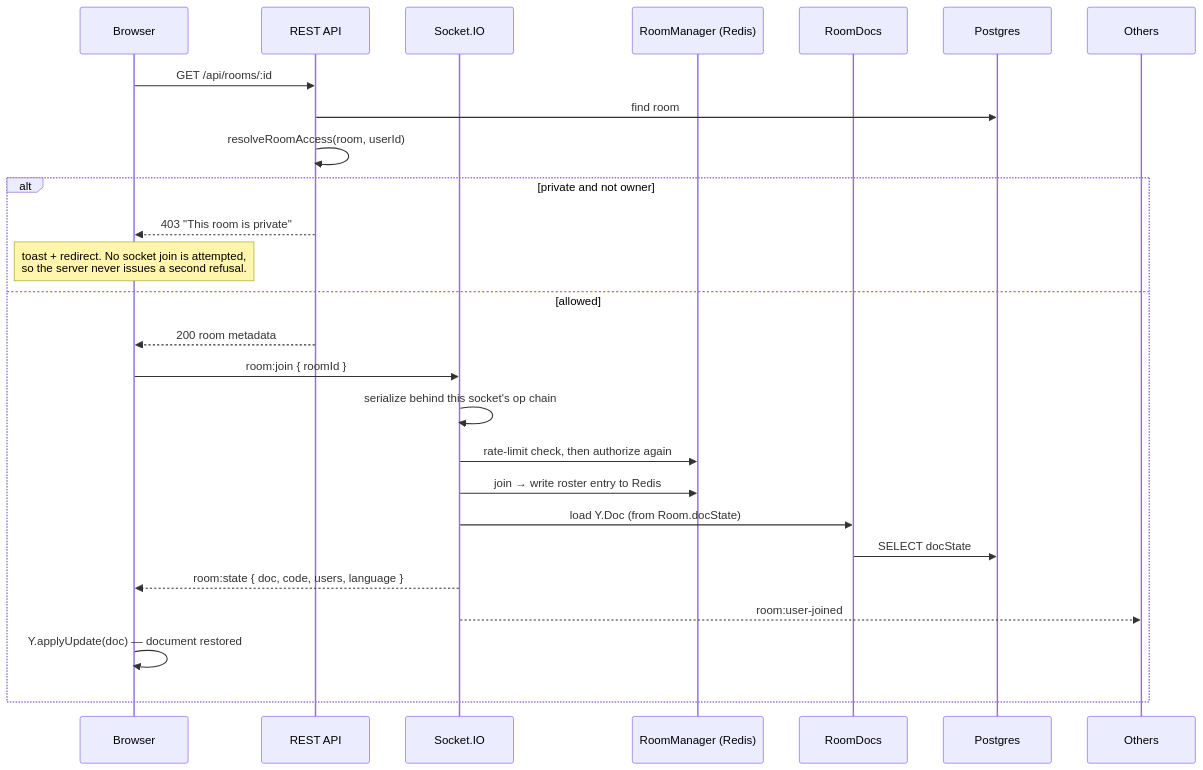
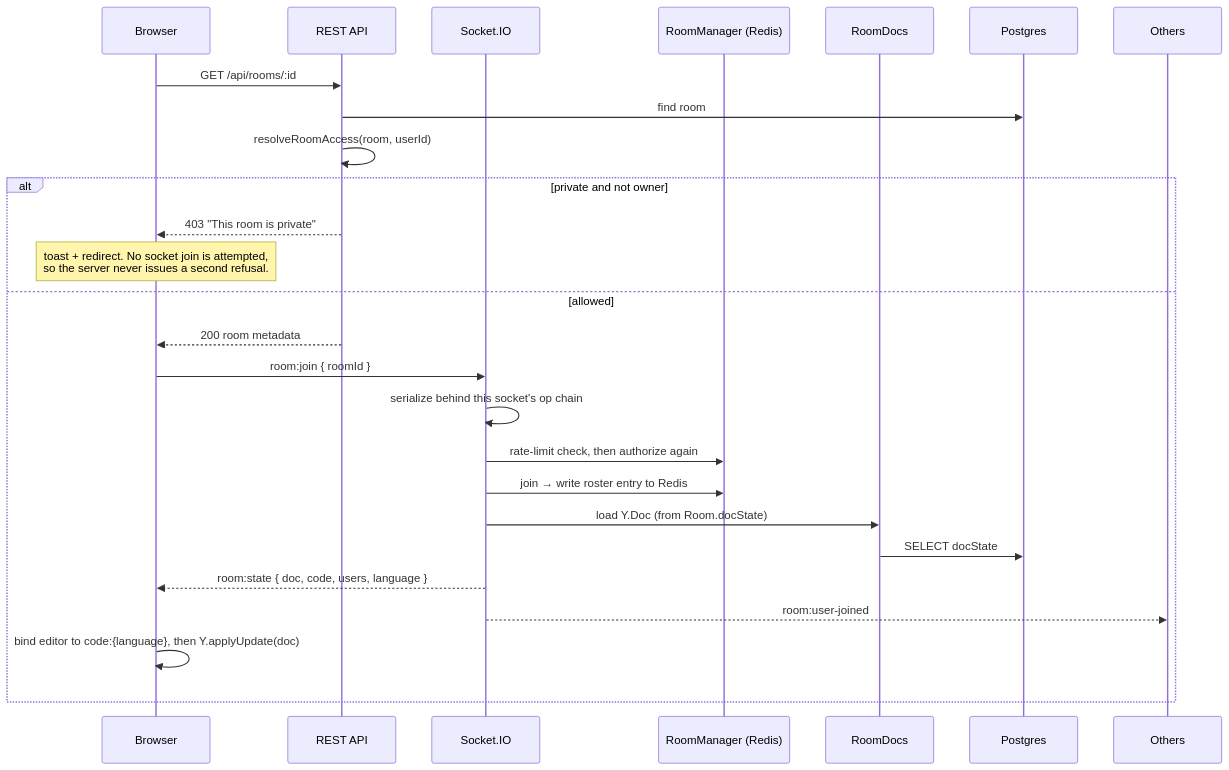
Before and after one commit to Parthgogia/CodeVerse: the fifth of 10 diagrams in ARCHITECTURE.md, drawn with Mermaid. The commit also changed other lines of this file and 21 other files, not shown here.

````diff
--- a/ARCHITECTURE.md
+++ b/ARCHITECTURE.md
@@ -337,28 +335,28 @@
 ```mermaid
 sequenceDiagram
     participant U as Browser
     participant R as REST API
     participant S as Socket.IO
     participant RM as RoomManager (Redis)
     participant RD as RoomDocs
     participant DB as Postgres
 
     U->>R: GET /api/rooms/:id
     R->>DB: find room
     R->>R: resolveRoomAccess(room, userId)
     alt private and not owner
         R-->>U: 403 "This room is private"
         Note over U: toast + redirect. No socket join is attempted,<br/>so the server never issues a second refusal.
     else allowed
         R-->>U: 200 room metadata
         U->>S: room:join { roomId }
         S->>S: serialize behind this socket's op chain
         S->>RM: rate-limit check, then authorize again
         S->>RM: join → write roster entry to Redis
         S->>RD: load Y.Doc (from Room.docState)
         RD->>DB: SELECT docState
         S-->>U: room:state { doc, code, users, language }
         S-->>Others: room:user-joined
-        U->>U: Y.applyUpdate(doc) — document restored
+        U->>U: bind editor to code:{language}, then Y.applyUpdate(doc)
     end
 ```
````
